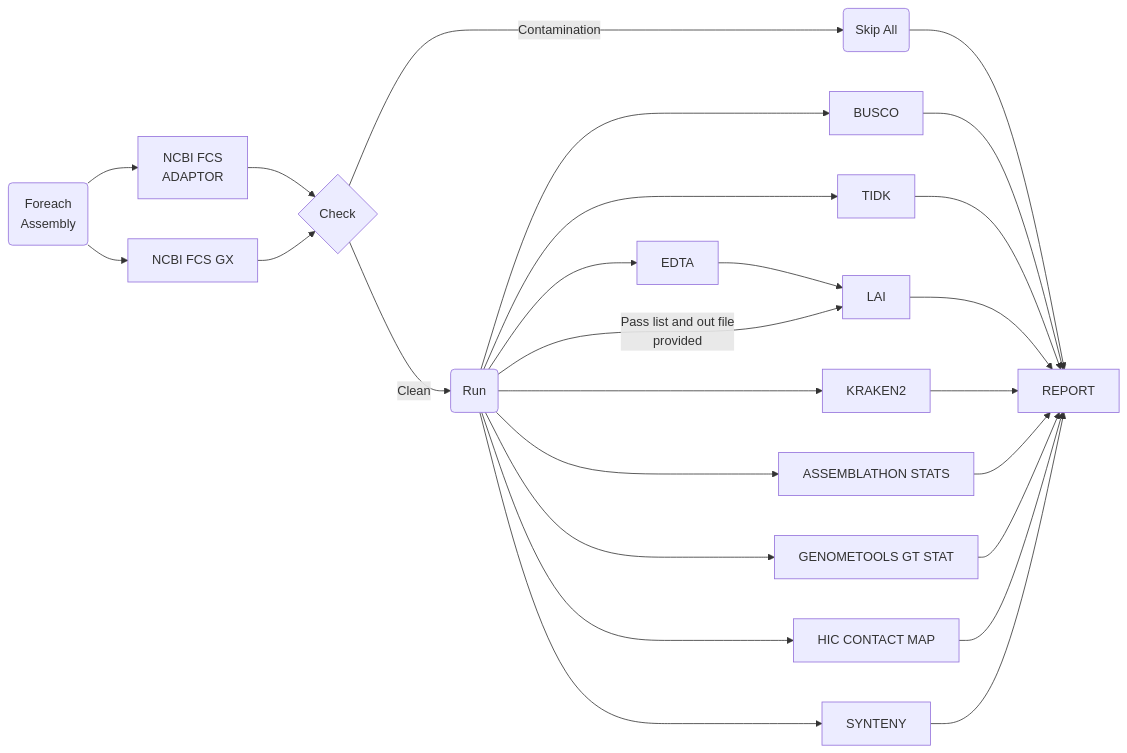
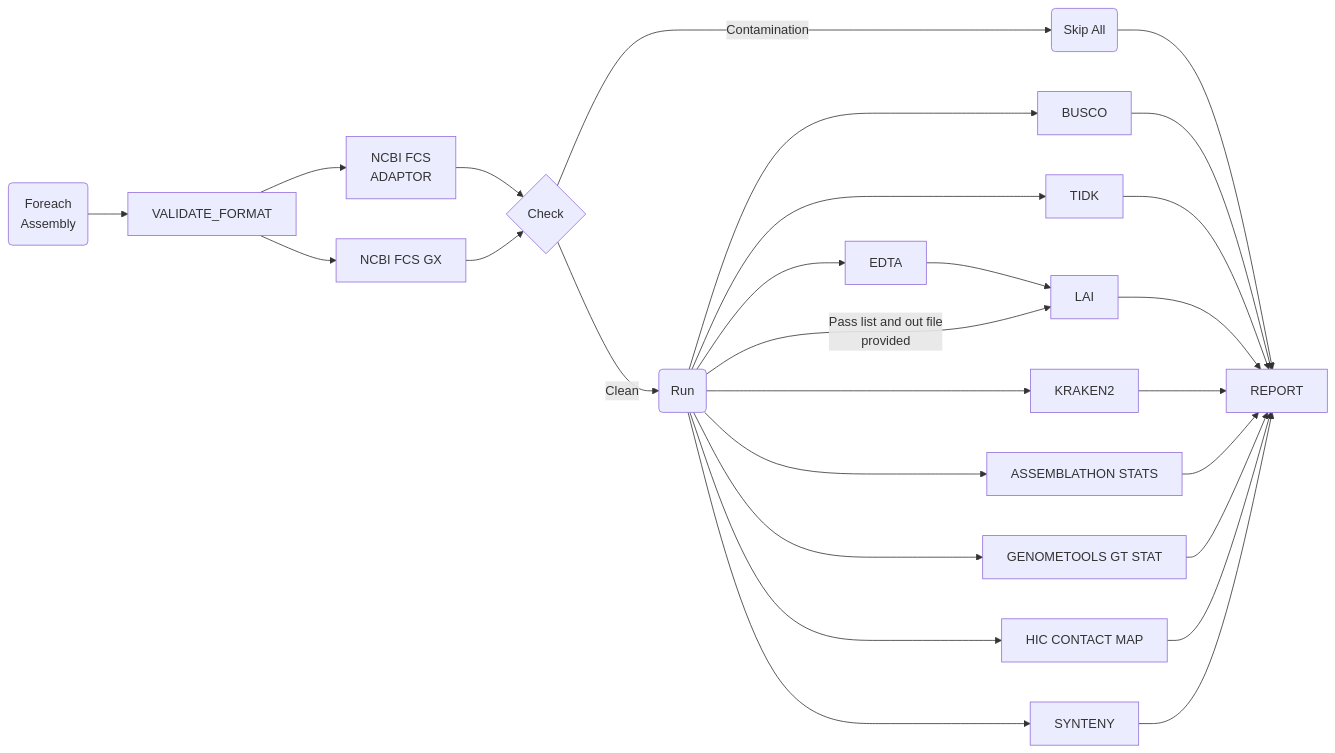
The diagram in README.md (Plant-Food-Research-Open/assemblyqc), drawn with Mermaid before and after one commit. The commit also changed other lines of this file and 7 other files, not shown here.

````diff
--- a/README.md
+++ b/README.md
@@ -21,32 +21,34 @@
 ```mermaid
 flowchart LR
-  forEachTag(Foreach\nAssembly) --> ncbiFCS[NCBI FCS\nADAPTOR]
+  forEachTag(Foreach\nAssembly) --> VALIDATE_FORMAT
+  
+  VALIDATE_FORMAT --> ncbiFCS[NCBI FCS\nADAPTOR]
   ncbiFCS --> Check{Check}
 
-  forEachTag --> ncbiGX[NCBI FCS GX]
+  VALIDATE_FORMAT --> ncbiGX[NCBI FCS GX]
   ncbiGX --> Check
   Check --> |Clean|Run(Run)
 
   Check --> |Contamination|Skip(Skip All)
   Skip --> REPORT
   
   Run --> BUSCO
   Run --> TIDK
   Run --> EDTA
   EDTA --> LAI
   Run --> |Pass list and out file\nprovided|LAI
   Run --> KRAKEN2
   Run --> ASS_STATS[ASSEMBLATHON STATS]
   Run --> GFF_STATS[GENOMETOOLS GT STAT]
   Run --> HIC_CONTACT_MAP[HIC CONTACT MAP]
   Run --> SYNTENY
 
   BUSCO --> REPORT
   TIDK --> REPORT
   LAI --> REPORT
   KRAKEN2 --> REPORT
   ASS_STATS --> REPORT
   GFF_STATS --> REPORT
   HIC_CONTACT_MAP --> REPORT
   SYNTENY --> REPORT
 ```
````
